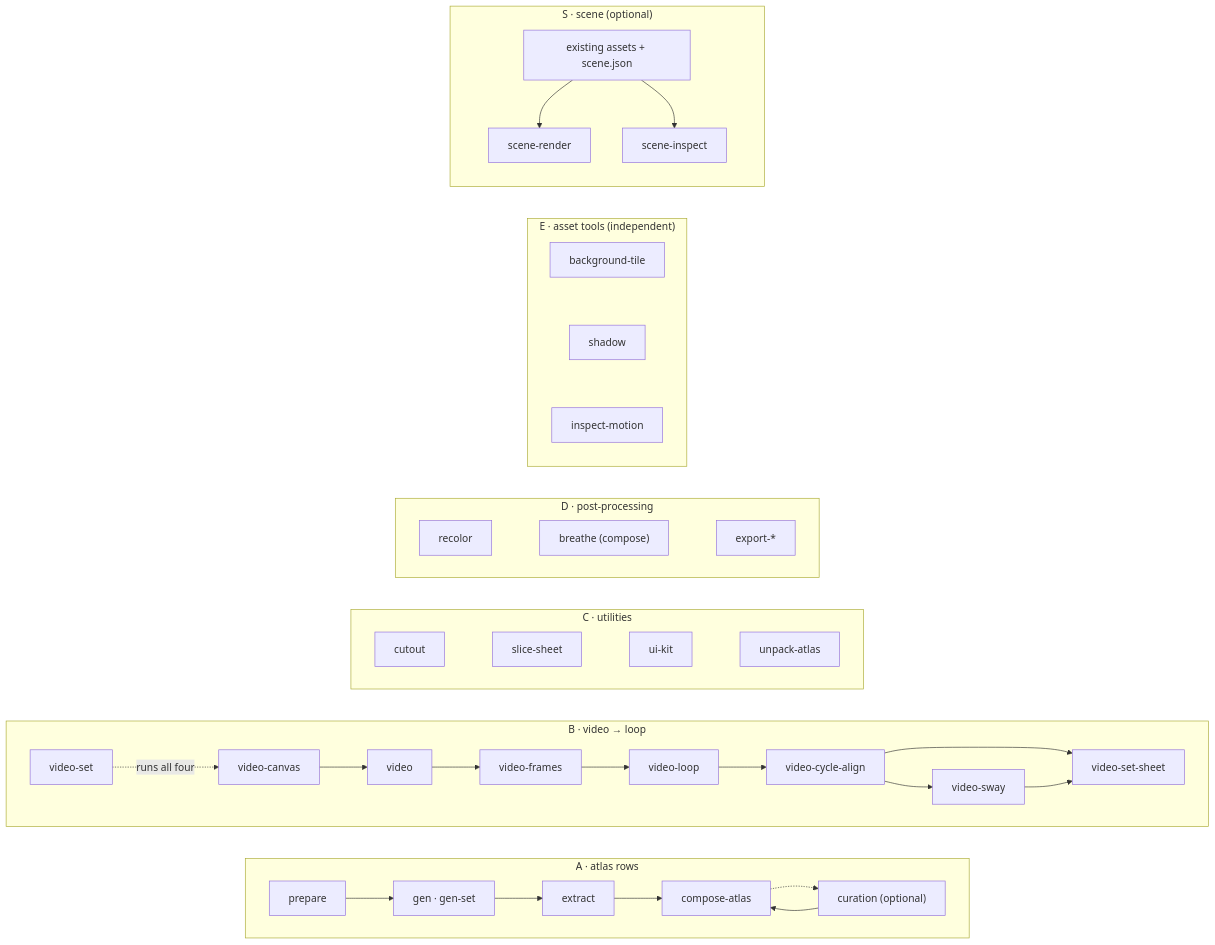
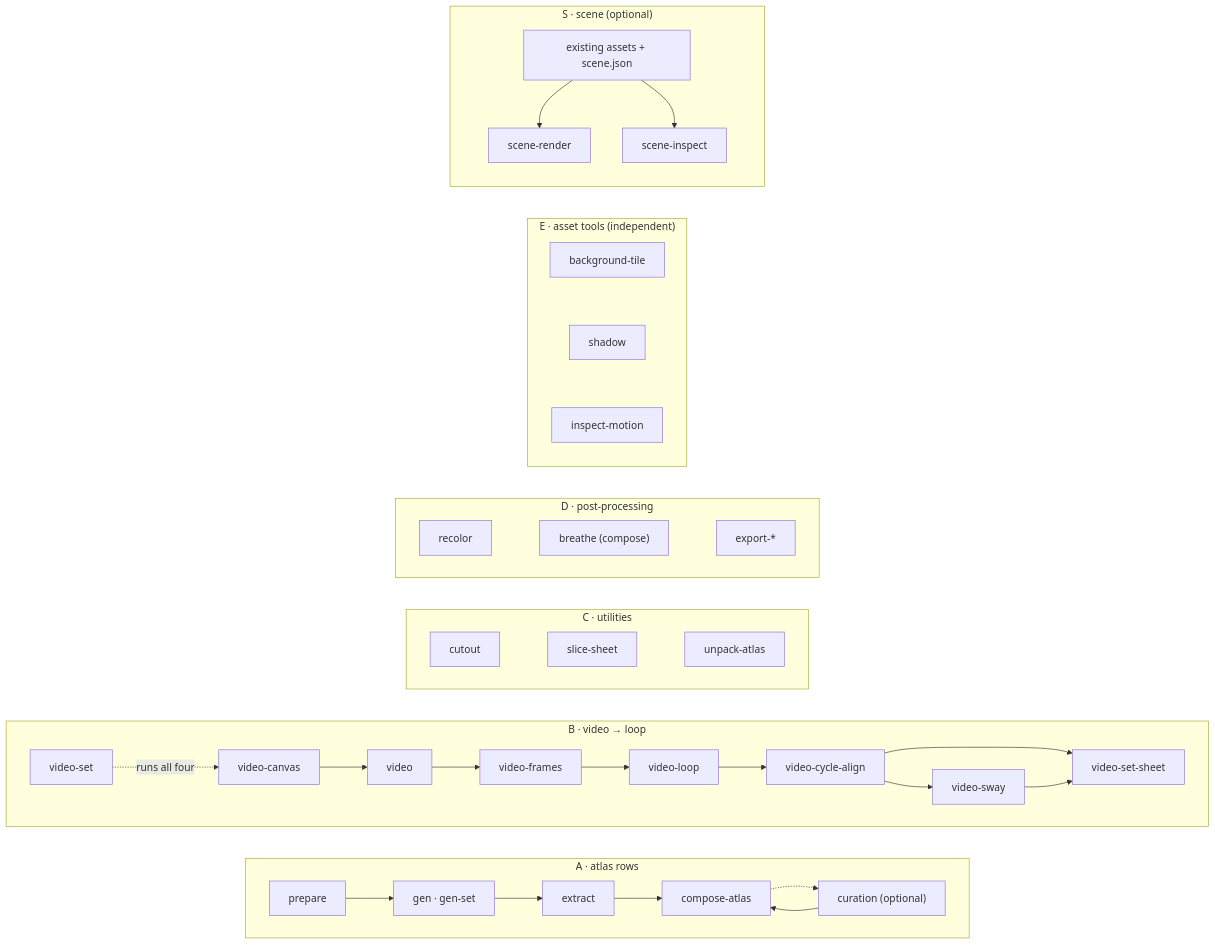
Before and after one commit to aldegad/sprite-gen: the diagram in docs/README.md, drawn with Mermaid. The commit also changed other lines of this file and 55 other files, not shown here.

````diff
--- a/docs/README.md
+++ b/docs/README.md
@@ -7,32 +7,32 @@
 ```mermaid
 flowchart LR
     subgraph A["A · atlas rows"]
         direction LR
         a1[prepare] --> a2["gen · gen-set"] --> a3[extract] --> a5[compose-atlas]
         a5 -.-> a4["curation (optional)"]
         a4 --> a5
     end
     subgraph B["B · video → loop"]
         direction LR
         b1[video-canvas] --> b2[video] --> b3[video-frames] --> b4[video-loop]
         b5[video-set] -.runs all four.-> b1
         b4 --> b6[video-cycle-align] --> b7[video-sway]
         b6 --> b8[video-set-sheet]
         b7 --> b8
     end
     subgraph C["C · utilities"]
         direction LR
-        c1[cutout] ~~~ c2[slice-sheet] ~~~ c4[ui-kit] ~~~ c3[unpack-atlas]
+        c1[cutout] ~~~ c2[slice-sheet] ~~~ c3[unpack-atlas]
     end
     subgraph D["D · post-processing"]
         direction LR
         d1[recolor] ~~~ d2["breathe (compose)"] ~~~ d3[export-*]
     end
     subgraph E["E · asset tools (independent)"]
         e1[background-tile] ~~~ e2[shadow] ~~~ e3[inspect-motion]
     end
     subgraph S["S · scene (optional)"]
         s1["existing assets + scene.json"] --> s2[scene-render]
         s1 --> s3[scene-inspect]
     end
 ```
````
